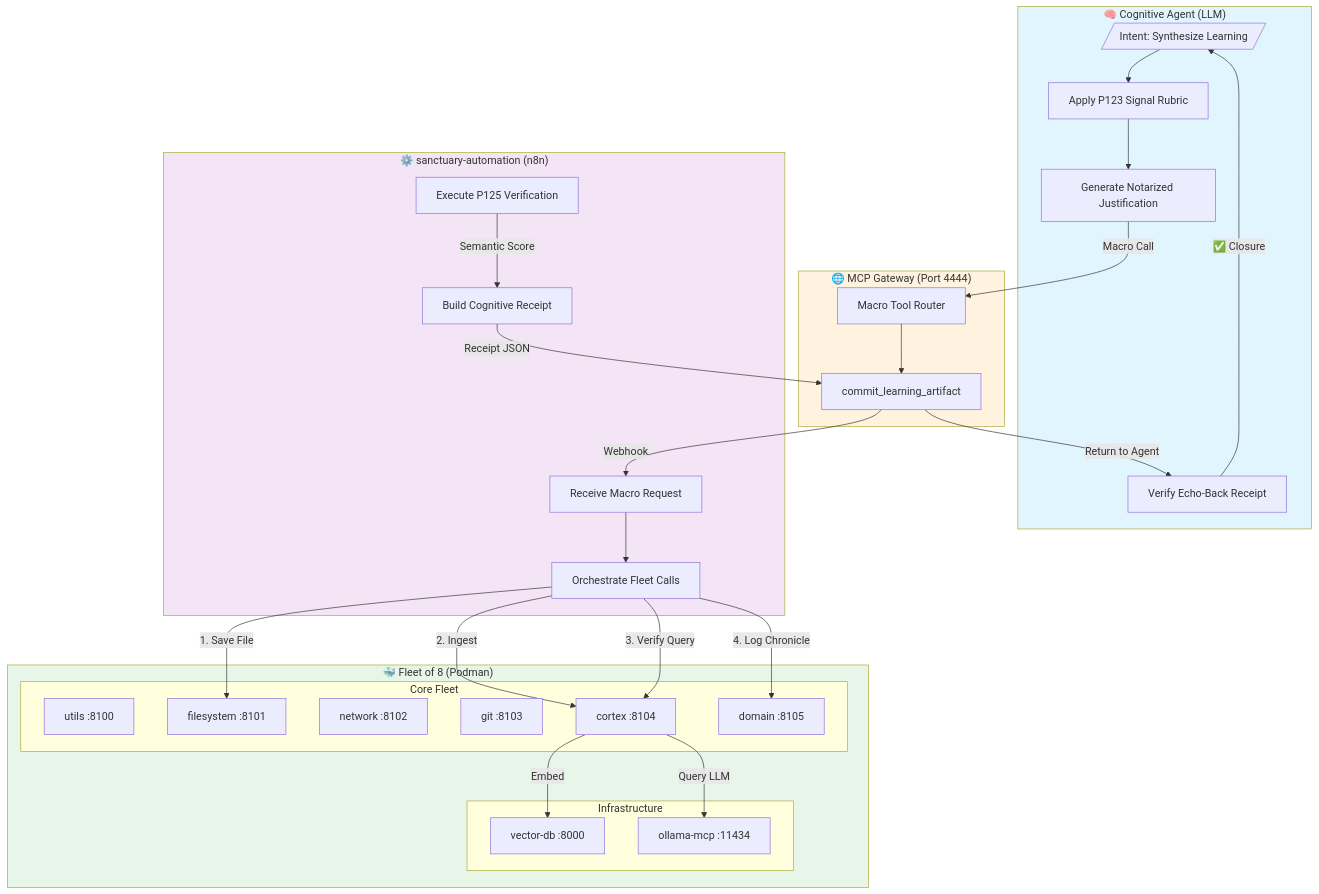
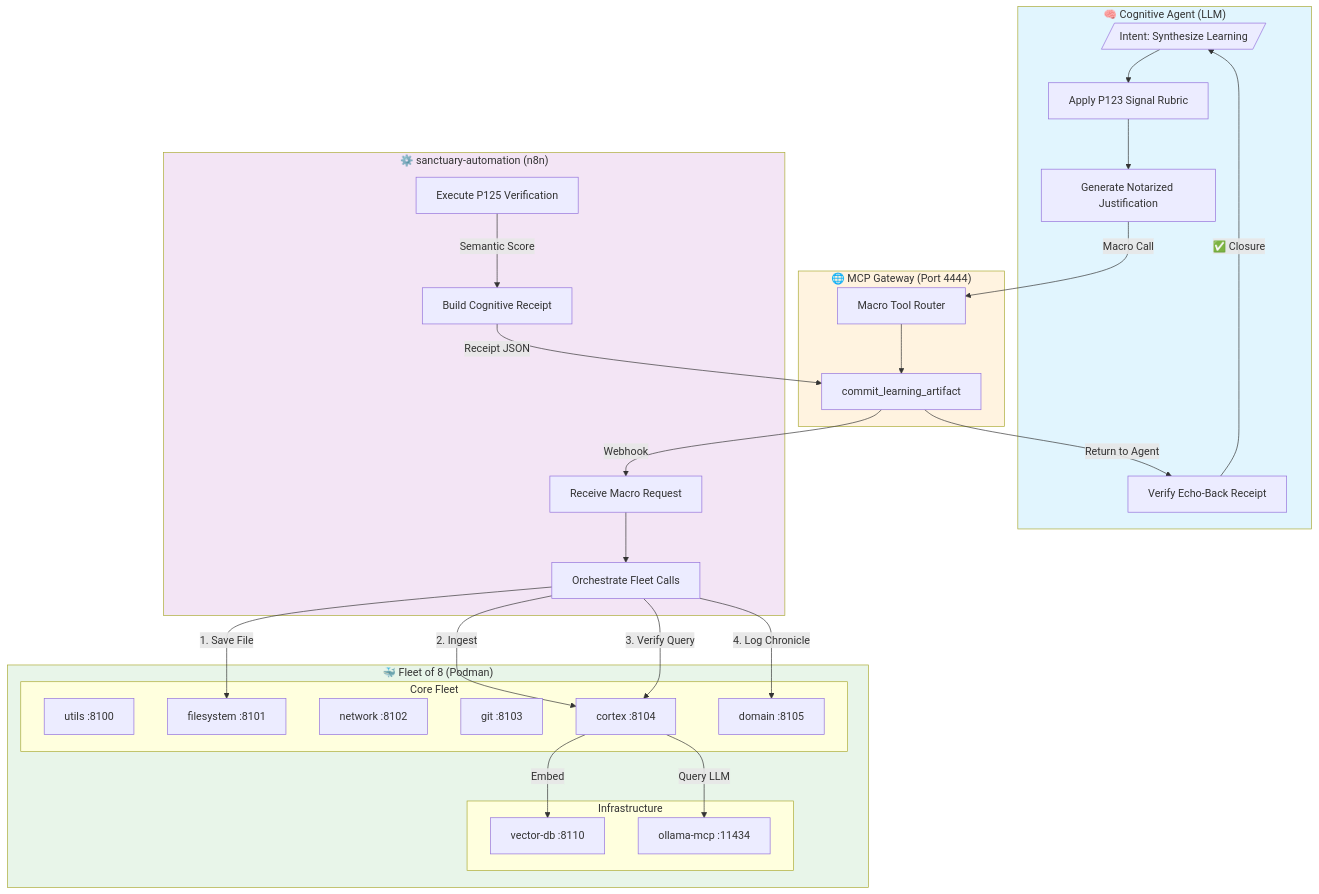
The diagram in 01_PROTOCOLS/127_The_Doctrine_of_Mechanical_Delegation.md (richfrem/Project_Sanctuary), drawn with Mermaid before and after one commit. The commit also changed 274 other files, not shown here.

````diff
--- a/01_PROTOCOLS/127_The_Doctrine_of_Mechanical_Delegation.md
+++ b/01_PROTOCOLS/127_The_Doctrine_of_Mechanical_Delegation.md
@@ -37,61 +37,61 @@
 ```mermaid
 flowchart TB
     subgraph Agent["🧠 Cognitive Agent (LLM)"]
         A1[/"Intent: Synthesize Learning"/]
         A2["Apply P123 Signal Rubric"]
         A3["Generate Notarized Justification"]
         A4["Verify Echo-Back Receipt"]
     end
 
     subgraph Gateway["🌐 MCP Gateway (Port 4444)"]
         G1["Macro Tool Router"]
         G2["commit_learning_artifact"]
     end
 
     subgraph n8n["⚙️ sanctuary-automation (n8n)"]
         N1["Receive Macro Request"]
         N2["Orchestrate Fleet Calls"]
         N3["Execute P125 Verification"]
         N4["Build Cognitive Receipt"]
     end
 
     subgraph Fleet["🐳 Fleet of 8 (Podman)"]
         subgraph Infra["Infrastructure"]
-            F0["vector-db :8000"]
+            F0["vector-db :8110"]
             F1["ollama-mcp :11434"]
         end
         subgraph Core["Core Fleet"]
             F2["utils :8100"]
             F3["filesystem :8101"]
             F4["network :8102"]
             F5["git :8103"]
             F6["cortex :8104"]
             F7["domain :8105"]
         end
     end
 
     %% Flow
     A1 --> A2
     A2 --> A3
     A3 -->|"Macro Call"| G1
     G1 --> G2
     G2 -->|"Webhook"| N1
     N1 --> N2
     
     N2 -->|"1. Save File"| F3
     N2 -->|"2. Ingest"| F6
     F6 -->|"Embed"| F0
     F6 -->|"Query LLM"| F1
     N2 -->|"3. Verify Query"| F6
     N2 -->|"4. Log Chronicle"| F7
     
     N3 -->|"Semantic Score"| N4
     N4 -->|"Receipt JSON"| G2
     G2 -->|"Return to Agent"| A4
     A4 -->|"✅ Closure"| A1
 
     style Agent fill:#e1f5fe
     style Gateway fill:#fff3e0
     style n8n fill:#f3e5f5
     style Fleet fill:#e8f5e9
 ```
````
